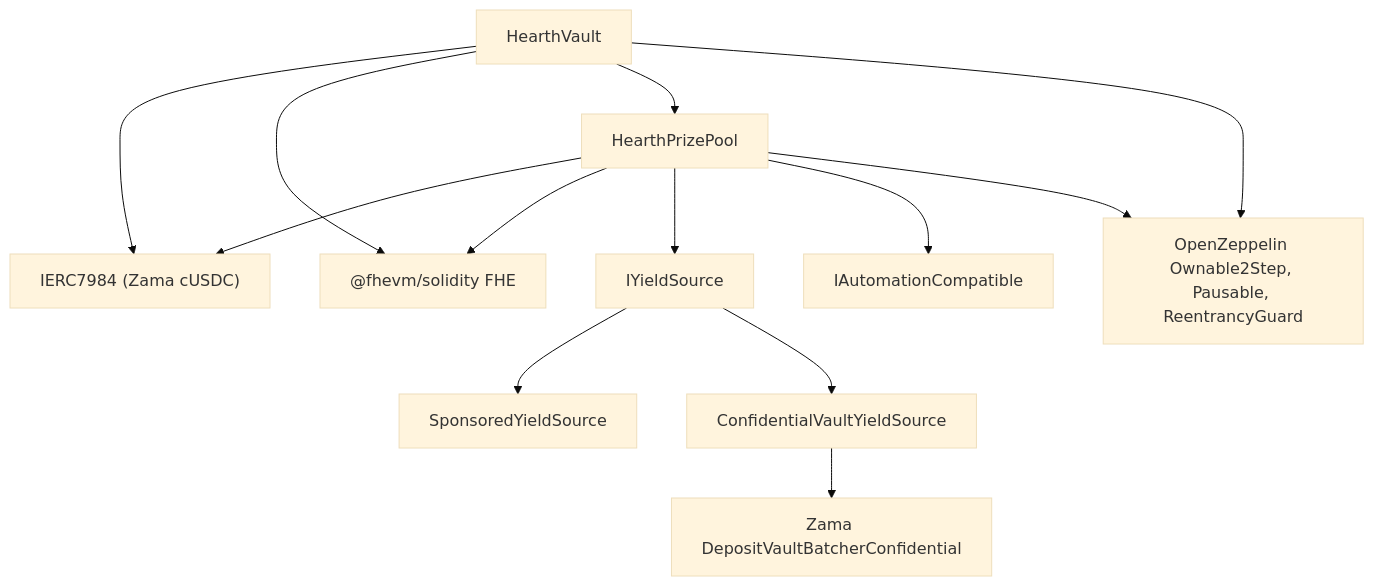
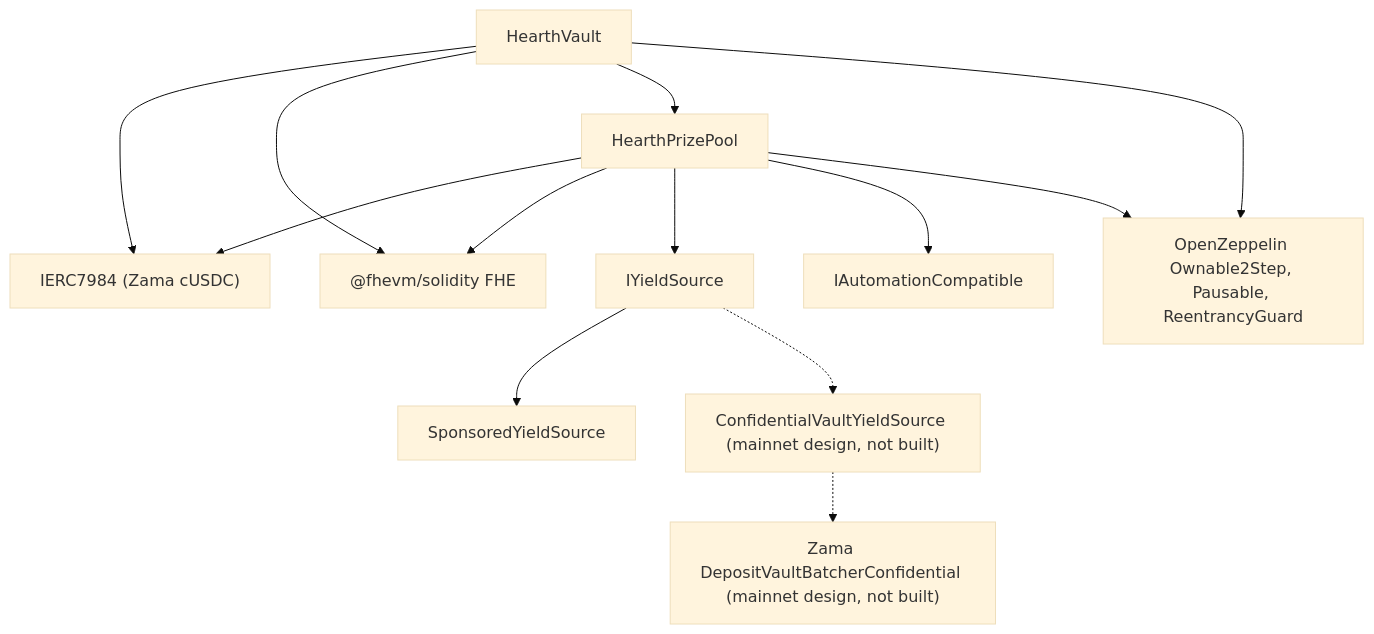
The third of 3 diagrams in ARCHITECTURE.md (ramakrishnanhulk20/hearth), drawn with Mermaid (base theme) before and after one commit. The commit also changed other lines of this file and 38 other files, not shown here.

Commit message:
Apply the finishing audit: remove an untested claim, correct every stale figure, fix a double claim and reorder the keeper's reconcile

````diff
--- a/ARCHITECTURE.md
+++ b/ARCHITECTURE.md
@@ -412,15 +412,15 @@
 ```mermaid
 flowchart TD
     Vault["HearthVault"] --> IERC7984["IERC7984 (Zama cUSDC)"]
     Vault --> FHE["@fhevm/solidity FHE"]
     Vault --> Pool["HearthPrizePool"]
     Pool --> IERC7984
     Pool --> FHE
     Pool --> IYield["IYieldSource"]
     IYield --> Sponsored["SponsoredYieldSource"]
-    IYield --> CV["ConfidentialVaultYieldSource"]
-    CV --> Batcher["Zama DepositVaultBatcherConfidential"]
+    IYield -.-> CV["ConfidentialVaultYieldSource (mainnet design, not built)"]
+    CV -.-> Batcher["Zama DepositVaultBatcherConfidential (mainnet design, not built)"]
     Pool --> Auto["IAutomationCompatible"]
     Vault --> OZ["OpenZeppelin Ownable2Step, Pausable, ReentrancyGuard"]
     Pool --> OZ
 ```
````
